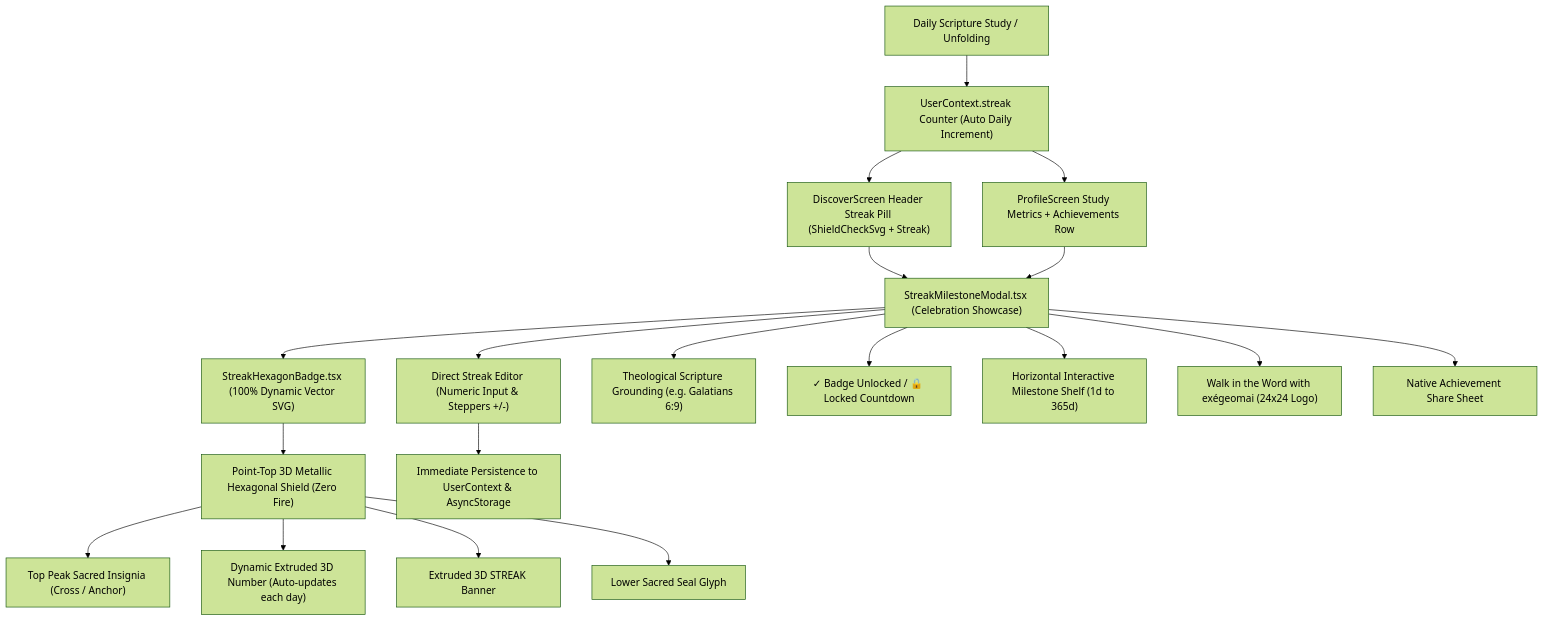
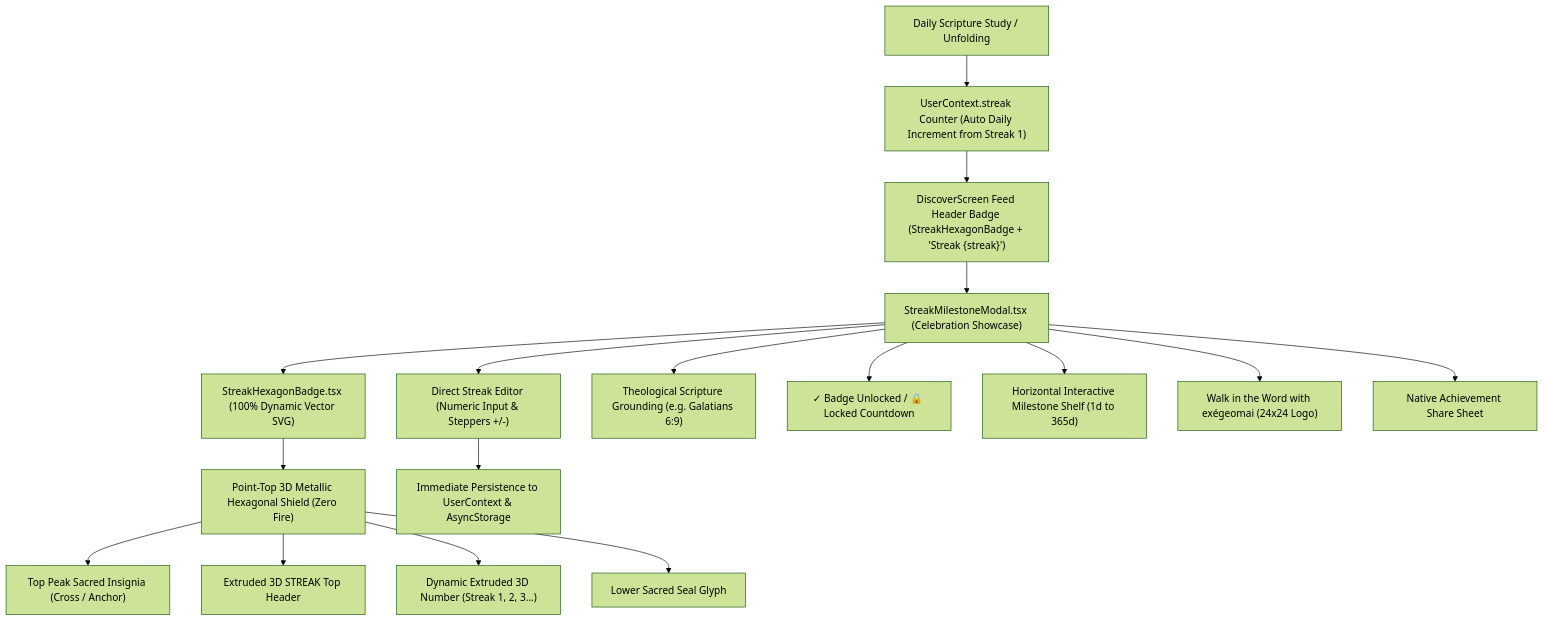
Before and after one commit to thulanesigasa/bible_fun_facts: the fifth of 5 diagrams in README.md, drawn with Mermaid (forest theme). The commit also changed other lines of this file and 6 other files, not shown here.

Commit message:
feat: streak feed badge, 4-tier color progression, and profile cleanup (closes #297, #298, #299, #300)

````diff
--- a/README.md
+++ b/README.md
@@ -423,24 +423,22 @@
 ```mermaid
 graph TD
-    UserDevotion["Daily Scripture Study / Unfolding"] --> StreakCounter["UserContext.streak Counter (Auto Daily Increment)"]
-    StreakCounter --> HeaderTrigger["DiscoverScreen Header Streak Pill (ShieldCheckSvg + Streak)"]
-    StreakCounter --> ProfileTrigger["ProfileScreen Study Metrics + Achievements Row"]
+    UserDevotion["Daily Scripture Study / Unfolding"] --> StreakCounter["UserContext.streak Counter (Auto Daily Increment from Streak 1)"]
+    StreakCounter --> HeaderTrigger["DiscoverScreen Feed Header Badge (StreakHexagonBadge + 'Streak {streak}')"]
     
     HeaderTrigger --> MilestoneModal["StreakMilestoneModal.tsx (Celebration Showcase)"]
-    ProfileTrigger --> MilestoneModal
     
     MilestoneModal --> HexBadge["StreakHexagonBadge.tsx (100% Dynamic Vector SVG)"]
     HexBadge --> MetallicShield["Point-Top 3D Metallic Hexagonal Shield (Zero Fire)"]
     MetallicShield --> SacredInsignia["Top Peak Sacred Insignia (Cross / Anchor)"]
-    MetallicShield --> ExtrudedNumber["Dynamic Extruded 3D Number (Auto-updates each day)"]
-    MetallicShield --> ExtrudedBanner["Extruded 3D STREAK Banner"]
+    MetallicShield --> ExtrudedBanner["Extruded 3D STREAK Top Header"]
+    MetallicShield --> ExtrudedNumber["Dynamic Extruded 3D Number (Streak 1, 2, 3...)"]
     MetallicShield --> LowerSeal["Lower Sacred Seal Glyph"]
     
     MilestoneModal --> EditableControls["Direct Streak Editor (Numeric Input & Steppers +/-)"]
     EditableControls --> UserContext["Immediate Persistence to UserContext & AsyncStorage"]
     MilestoneModal --> ScriptureAnchor["Theological Scripture Grounding (e.g. Galatians 6:9)"]
     MilestoneModal --> UnlockStatus["✓ Badge Unlocked / 🔒 Locked Countdown"]
     MilestoneModal --> MilestoneShelf["Horizontal Interactive Milestone Shelf (1d to 365d)"]
     MilestoneModal --> BrandFooter["Walk in the Word with exégeomai (24x24 Logo)"]
     MilestoneModal --> NativeShare["Native Achievement Share Sheet"]
 ```
````
